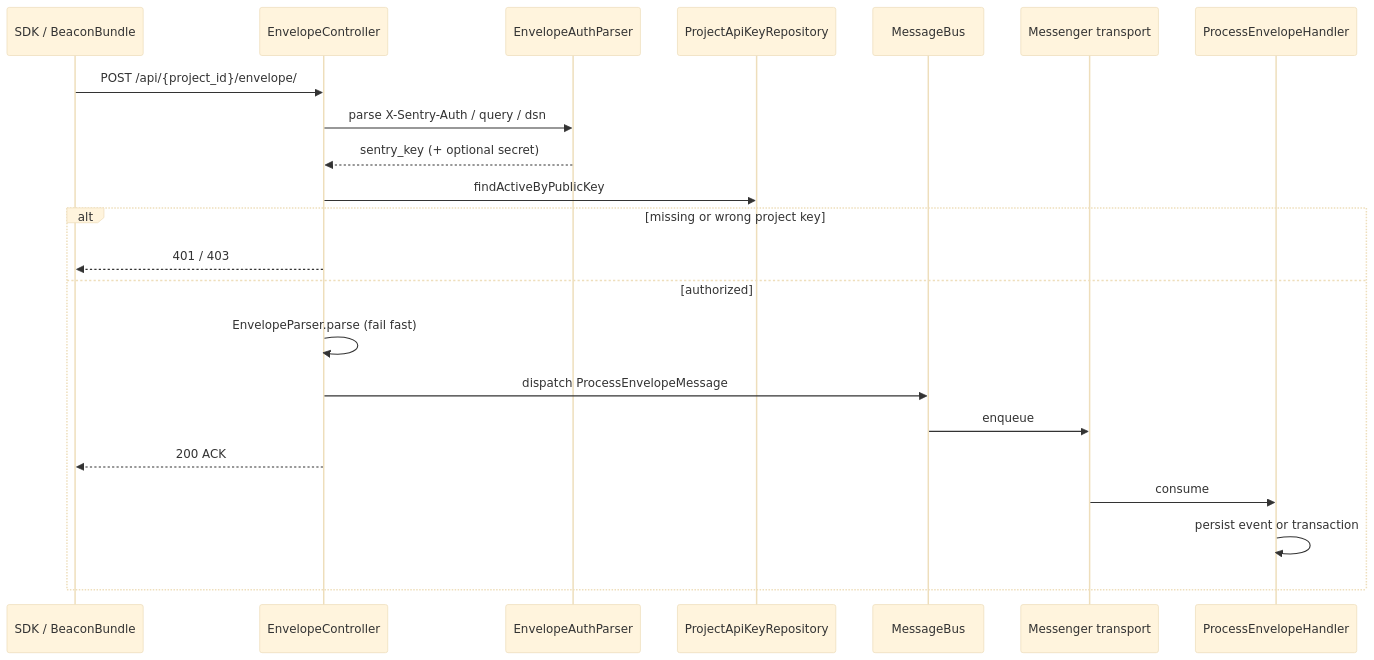
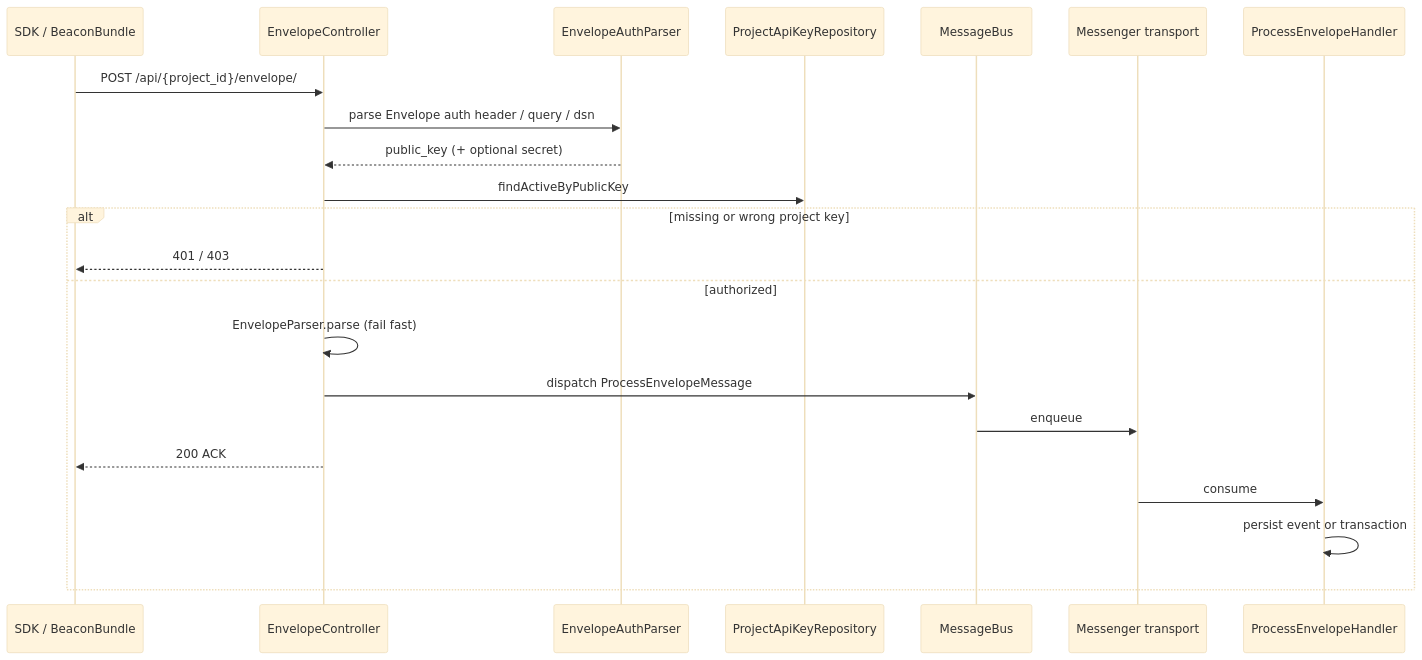
Before and after one commit to nowo-tech/symfony-beacon: the third of 7 diagrams in docs/architecture.md, drawn with Mermaid (base theme). The commit also changed other lines of this file and 14 other files, not shown here.

First line of the commit message:
Release v0.8.0: drop SaaS brand from docs; Envelope auth keys rename.

````diff
--- a/docs/architecture.md
+++ b/docs/architecture.md
@@ -167,25 +167,25 @@
 ```mermaid
 sequenceDiagram
   participant Client as SDK / BeaconBundle
   participant HTTP as EnvelopeController
   participant Auth as EnvelopeAuthParser
   participant Keys as ProjectApiKeyRepository
   participant Bus as MessageBus
   participant Q as Messenger transport
   participant Handler as ProcessEnvelopeHandler
 
   Client->>HTTP: POST /api/{project_id}/envelope/
-  HTTP->>Auth: parse X-Sentry-Auth / query / dsn
-  Auth-->>HTTP: sentry_key (+ optional secret)
+  HTTP->>Auth: parse Envelope auth header / query / dsn
+  Auth-->>HTTP: public_key (+ optional secret)
   HTTP->>Keys: findActiveByPublicKey
   alt missing or wrong project key
     HTTP-->>Client: 401 / 403
   else authorized
     HTTP->>HTTP: EnvelopeParser.parse (fail fast)
     HTTP->>Bus: dispatch ProcessEnvelopeMessage
     Bus->>Q: enqueue
     HTTP-->>Client: 200 ACK
     Q->>Handler: consume
     Handler->>Handler: persist event or transaction
   end
 ```
````
